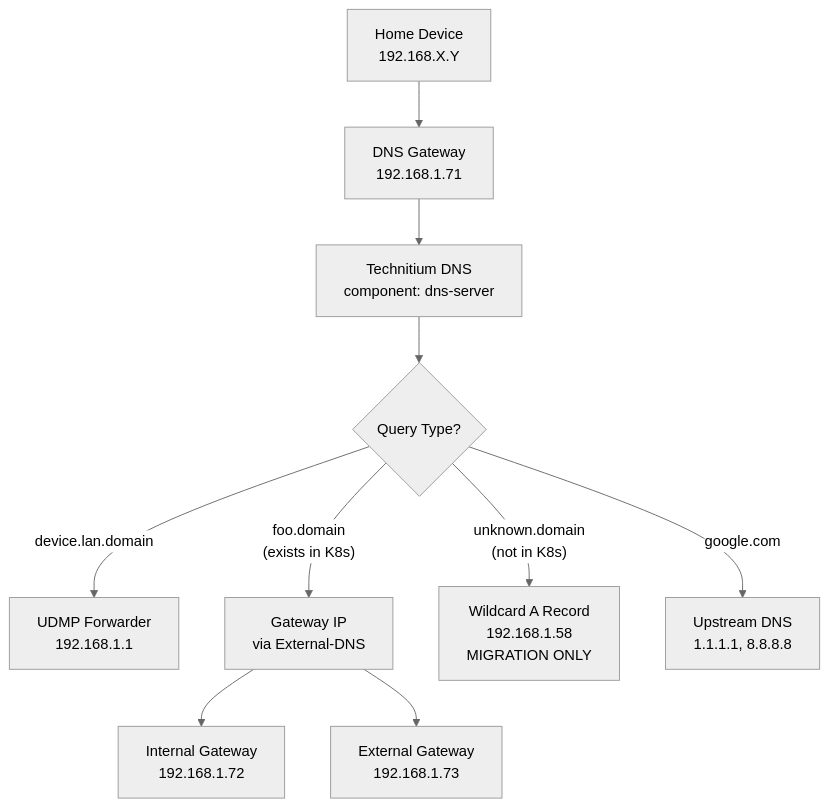
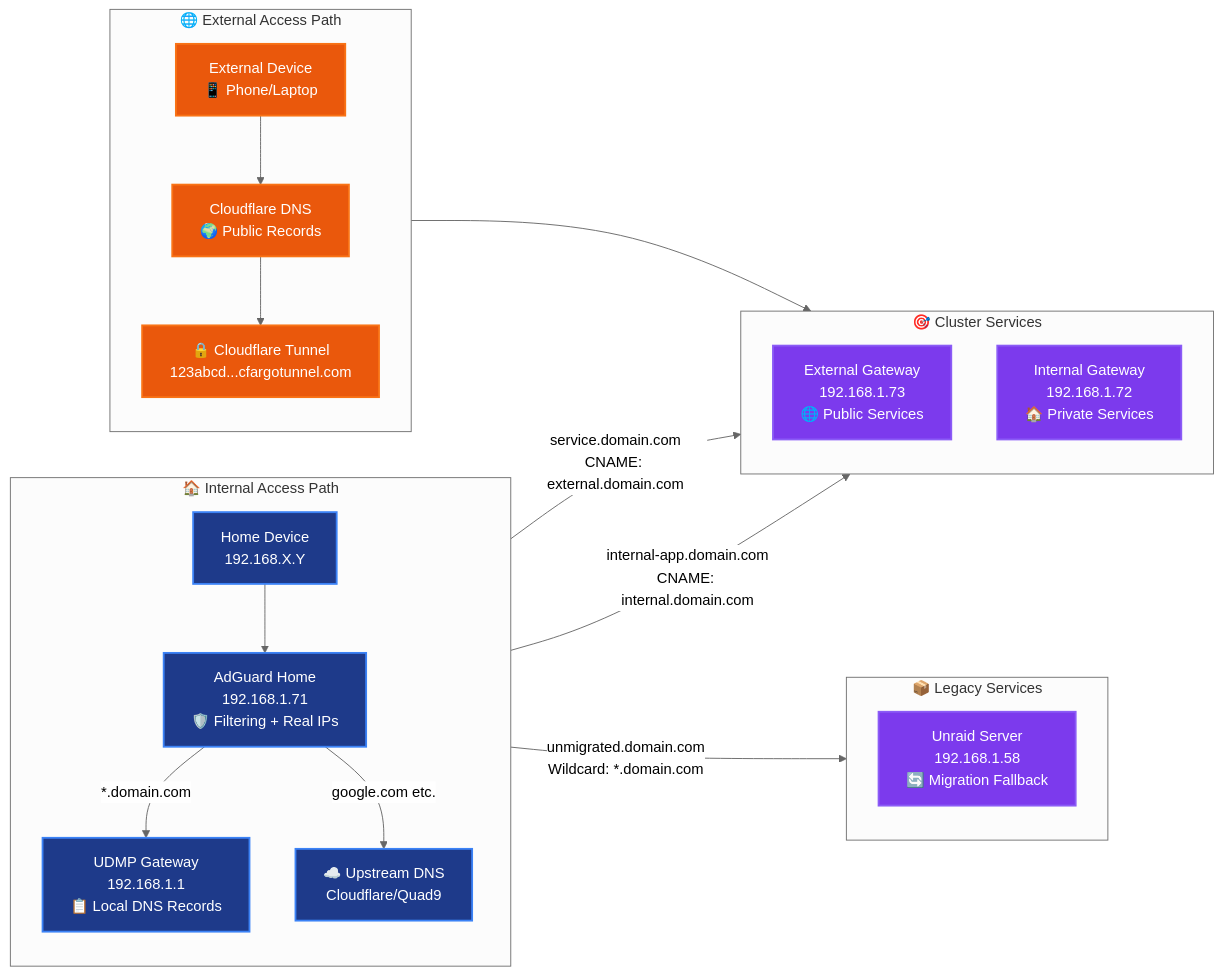
The first of 3 diagrams in docs/dns-architecture.md (rcdailey/home-ops), drawn with Mermaid (neutral theme) before and after one commit. The commit also changed other lines of this file and 26 other files, not shown here.

First line of the commit message:
feat: migrate DNS architecture to AdGuard Home

````diff
--- a/docs/dns-architecture.md
+++ b/docs/dns-architecture.md
@@ -10,15 +17,51 @@
 ```mermaid
-flowchart TD
-    Client[Home Device<br/>192.168.X.Y] --> DNS[DNS Gateway<br/>192.168.1.71]
-    DNS --> Tech[Technitium DNS<br/>component: dns-server]
+flowchart LR
+    subgraph Internal["🏠 Internal Access Path"]
+        direction TB
+        Client[Home Device<br/>192.168.X.Y]
+        AGH[AdGuard Home<br/>192.168.1.71<br/>🛡️ Filtering + Real IPs]
+        UDMP[UDMP Gateway<br/>192.168.1.1<br/>📋 Local DNS Records]
 
-    Tech --> Decision{Query Type?}
+        Client --> AGH
+        AGH -->|"*.domain.com"| UDMP
+        AGH -->|"google.com etc."| Upstream[☁️ Upstream DNS<br/>Cloudflare/Quad9]
+    end
 
-    Decision -->|"device.lan.domain"| UDMP[UDMP Forwarder<br/>192.168.1.1]
-    Decision -->|"foo.domain<br/>(exists in K8s)"| K8s[Gateway IP<br/>via External-DNS]
-    Decision -->|"unknown.domain<br/>(not in K8s)"| Fallback[Wildcard A Record<br/>192.168.1.58<br/>MIGRATION ONLY]
-    Decision -->|"google.com"| Upstream[Upstream DNS<br/>1.1.1.1, 8.8.8.8]
+    subgraph External["🌐 External Access Path"]
+        direction TB
+        ExternalClient[External Device<br/>📱 Phone/Laptop]
+        CloudflareDNS[Cloudflare DNS<br/>🌍 Public Records]
+        CFTunnel[🔒 Cloudflare Tunnel<br/>123abcd...cfargotunnel.com]
 
-    K8s --> Internal[Internal Gateway<br/>192.168.1.72]
-    K8s --> External[External Gateway<br/>192.168.1.73]
+        ExternalClient --> CloudflareDNS
+        CloudflareDNS --> CFTunnel
+    end
+
+    subgraph ClusterServices["🎯 Cluster Services"]
+        direction TB
+        ExtGW[External Gateway<br/>192.168.1.73<br/>🌐 Public Services]
+        IntGW[Internal Gateway<br/>192.168.1.72<br/>🏠 Private Services]
+    end
+
+    subgraph LegacyServices["📦 Legacy Services"]
+        direction TB
+        Legacy[Unraid Server<br/>192.168.1.58<br/>🔄 Migration Fallback]
+    end
+
+    %% Internal resolution paths
+    UDMP -->|"service.domain.com<br/>CNAME: external.domain.com"| ExtGW
+    UDMP -->|"internal-app.domain.com<br/>CNAME: internal.domain.com"| IntGW
+    UDMP -->|"unmigrated.domain.com<br/>Wildcard: *.domain.com"| Legacy
+
+    %% External resolution path
+    CFTunnel --> ExtGW
+
+    %% Styling
+    classDef internal fill:#1e3a8a,stroke:#3b82f6,stroke-width:2px,color:#ffffff
+    classDef external fill:#ea580c,stroke:#f97316,stroke-width:2px,color:#ffffff
+    classDef services fill:#7c3aed,stroke:#8b5cf6,stroke-width:2px,color:#ffffff
+
+    class Client,AGH,UDMP,Upstream internal
+    class ExternalClient,CloudflareDNS,CFTunnel external
+    class ExtGW,IntGW,Legacy services
 ```
````
